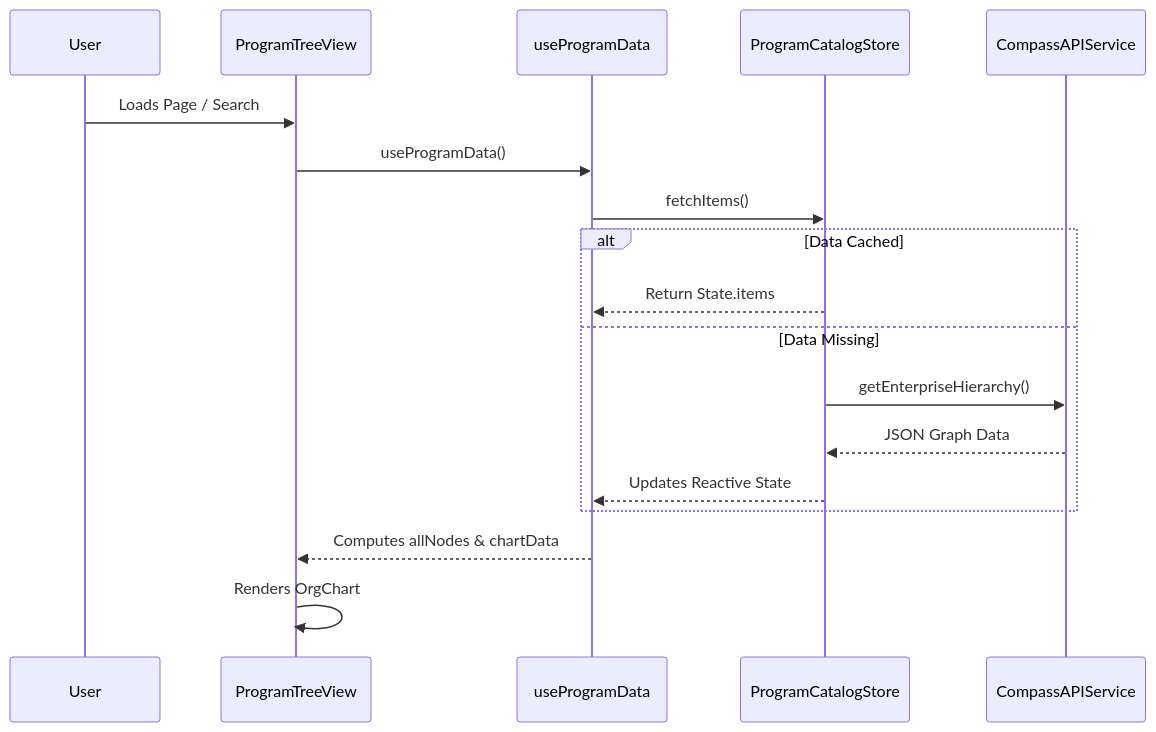
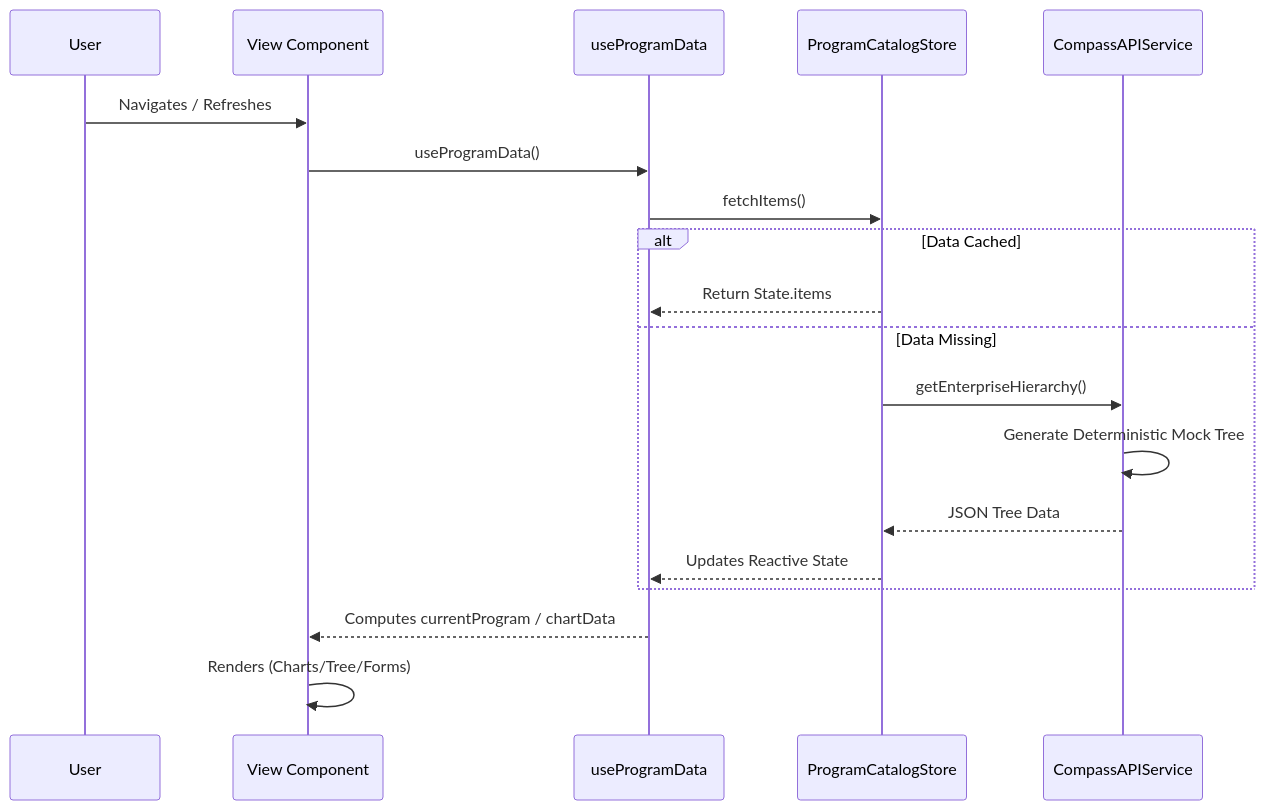
Before and after one commit to DeepBlue4/program-catalog: the second of 3 diagrams in README.md, drawn with Mermaid. The commit also changed other lines of this file and 1 other file, not shown here.

````diff
--- a/README.md
+++ b/README.md
@@ -93,21 +102,22 @@
 ```mermaid
 sequenceDiagram
     participant User
-    participant View as ProgramTreeView
+    participant View as View Component
     participant Hook as useProgramData
     participant Store as ProgramCatalogStore
     participant API as CompassAPIService
 
-    User->>View: Loads Page / Search
+    User->>View: Navigates / Refreshes
     View->>Hook: useProgramData()
     Hook->>Store: fetchItems()
     alt Data Cached
         Store-->>Hook: Return State.items
     else Data Missing
         Store->>API: getEnterpriseHierarchy()
-        API-->>Store: JSON Graph Data
+        API->>API: Generate Deterministic Mock Tree
+        API-->>Store: JSON Tree Data
         Store-->>Hook: Updates Reactive State
     end
-    Hook-->>View: Computes allNodes & chartData
-    View->>View: Renders OrgChart
+    Hook-->>View: Computes currentProgram / chartData
+    View->>View: Renders (Charts/Tree/Forms)
 ```
````
